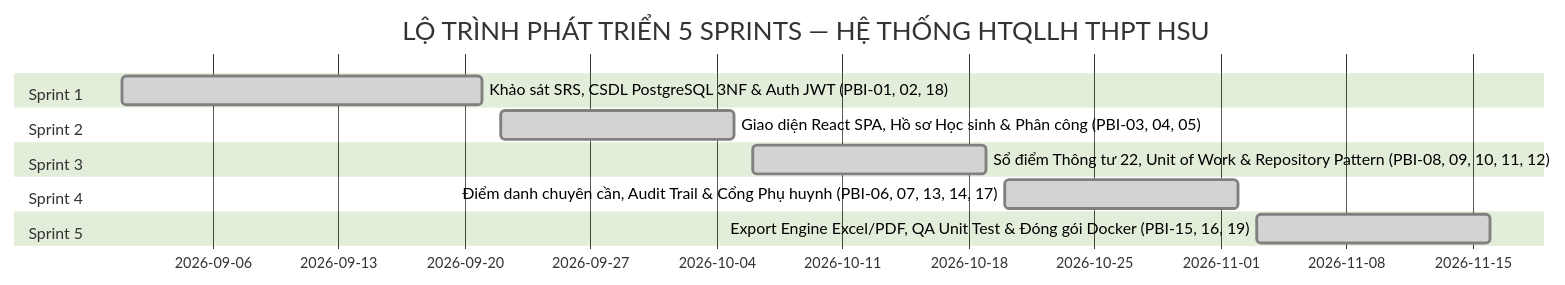
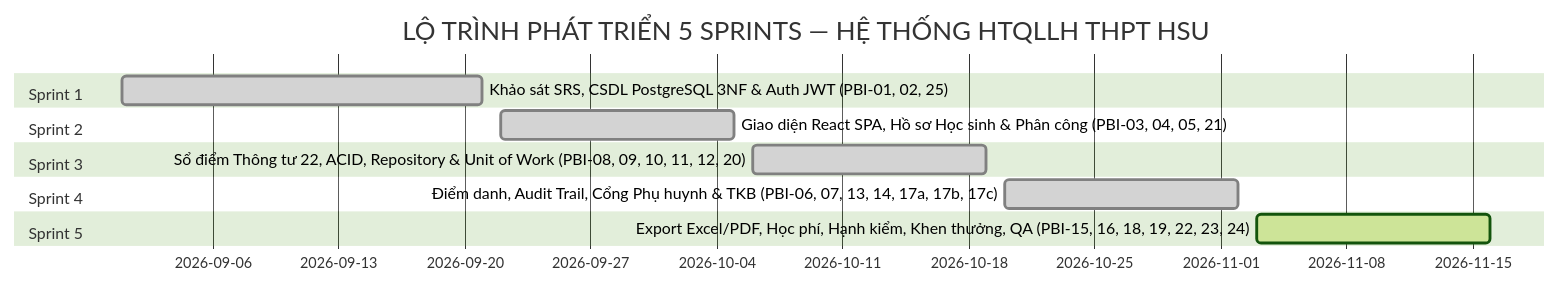
Before and after one commit to DYBInh2k5/Phat-Trien-Du-An-Phan-Mem: the diagram in docs/PRODUCT_BACKLOG.md, drawn with Mermaid (forest theme). The commit also changed other lines of this file, not shown here.

Commit message:
docs: chuan hoa product backlog v3.0 - sua actor sai, bo sung 7 PBI con thieu, tach PBI-17 thanh 3 PBI doc lap, cai thien AC co so lieu kiem thu

````diff
--- a/docs/PRODUCT_BACKLOG.md
+++ b/docs/PRODUCT_BACKLOG.md
@@ -101,15 +114,15 @@
 ```mermaid
 gantt
     title LỘ TRÌNH PHÁT TRIỂN 5 SPRINTS — HỆ THỐNG HTQLLH THPT HSU
     dateFormat  YYYY-MM-DD
     section Sprint 1
-    Khảo sát SRS, CSDL PostgreSQL 3NF & Auth JWT (PBI-01, 02, 18) :done, s1, 2026-09-01, 2026-09-21
+    Khảo sát SRS, CSDL PostgreSQL 3NF & Auth JWT (PBI-01, 02, 25) :done, s1, 2026-09-01, 2026-09-21
     section Sprint 2
-    Giao diện React SPA, Hồ sơ Học sinh & Phân công (PBI-03, 04, 05) :done, s2, 2026-09-22, 2026-10-05
+    Giao diện React SPA, Hồ sơ Học sinh & Phân công (PBI-03, 04, 05, 21) :done, s2, 2026-09-22, 2026-10-05
     section Sprint 3
-    Sổ điểm Thông tư 22, Unit of Work & Repository Pattern (PBI-08, 09, 10, 11, 12) :done, s3, 2026-10-06, 2026-10-19
+    Sổ điểm Thông tư 22, ACID, Repository & Unit of Work (PBI-08, 09, 10, 11, 12, 20) :done, s3, 2026-10-06, 2026-10-19
     section Sprint 4
-    Điểm danh chuyên cần, Audit Trail & Cổng Phụ huynh (PBI-06, 07, 13, 14, 17) :done, s4, 2026-10-20, 2026-11-02
+    Điểm danh, Audit Trail, Cổng Phụ huynh & TKB (PBI-06, 07, 13, 14, 17a, 17b, 17c) :done, s4, 2026-10-20, 2026-11-02
     section Sprint 5
-    Export Engine Excel/PDF, QA Unit Test & Đóng gói Docker (PBI-15, 16, 19) :done, s5, 2026-11-03, 2026-11-16
+    Export Excel/PDF, Học phí, Hạnh kiểm, Khen thưởng, QA (PBI-15, 16, 18, 19, 22, 23, 24) :active, s5, 2026-11-03, 2026-11-16
 ```
````
